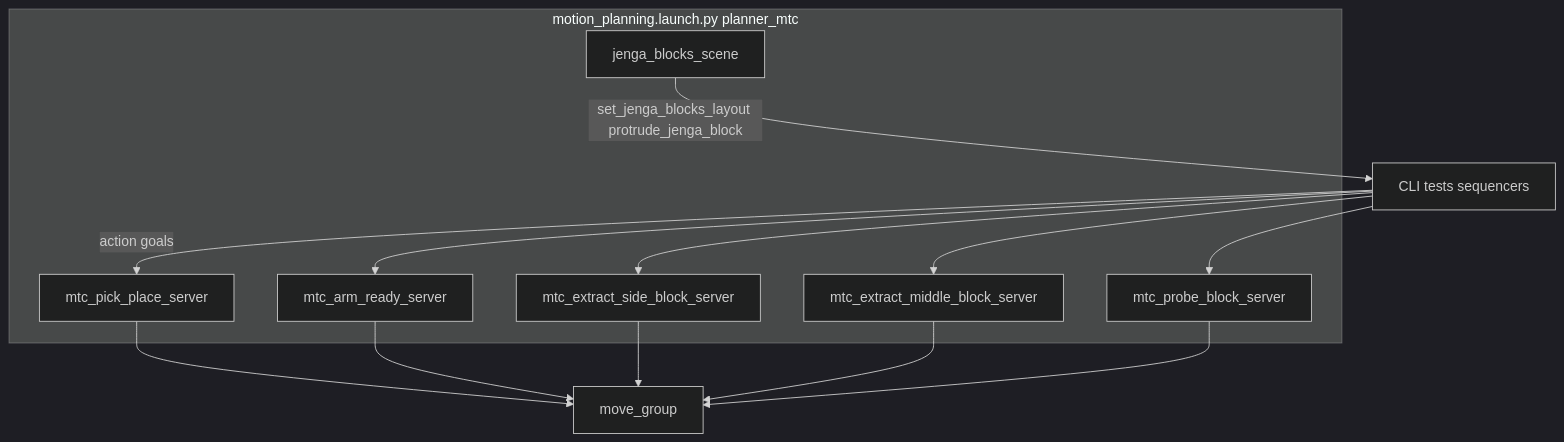
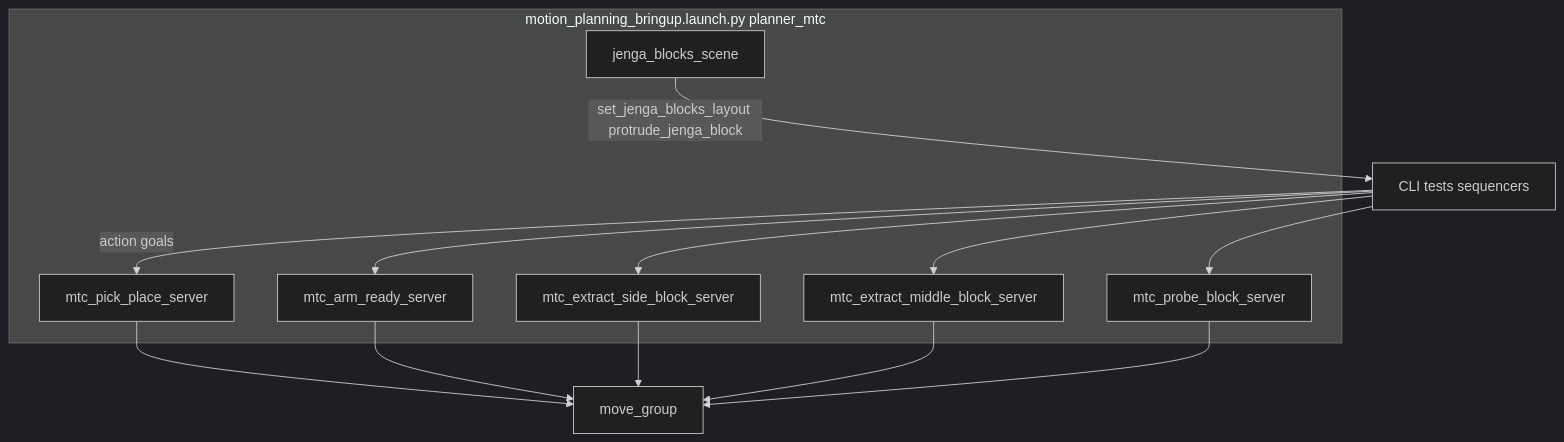
One commit to Onorach/RS2-JENGA changed the diagram in src/jenga_interfaces/README.md. Above: the diagram before and after it, drawn with Mermaid (dark theme). The commit also changed other lines of this file and 12 other files, not shown here.

````diff
--- a/src/jenga_interfaces/README.md
+++ b/src/jenga_interfaces/README.md
@@ -162,24 +162,24 @@
 ```mermaid
 flowchart TB
-  subgraph integrated [motion_planning.launch.py planner_mtc]
+  subgraph integrated [motion_planning_bringup.launch.py planner_mtc]
     scene[jenga_blocks_scene]
     pp[mtc_pick_place_server]
     ar[mtc_arm_ready_server]
     es[mtc_extract_side_block_server]
     em[mtc_extract_middle_block_server]
     pr[mtc_probe_block_server]
   end
   mg[move_group]
   clients[CLI tests sequencers]
   scene -->|set_jenga_blocks_layout protrude_jenga_block| clients
   clients -->|action goals| pp
   clients --> ar
   clients --> es
   clients --> em
   clients --> pr
   pp --> mg
   ar --> mg
   es --> mg
   em --> mg
   pr --> mg
 ```
````
